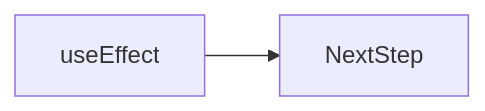
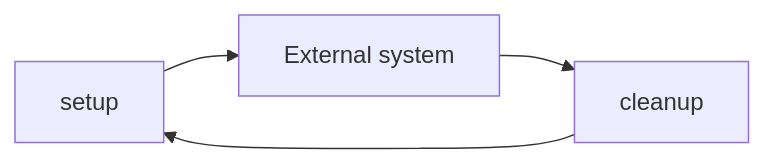
Before and after one commit to OmidJavaherii/Frontend-Engineering-Handbook: the third of 3 diagrams in docs/en/10-react/useeffect/index.md, drawn with Mermaid. The commit also changed other lines of this file and 461 other files, not shown here.

````diff
--- a/docs/en/10-react/useeffect/index.md
+++ b/docs/en/10-react/useeffect/index.md
@@ -97,4 +138,6 @@
 ```mermaid
 flowchart LR
-  concept[useEffect] --> nextStep[NextStep]
+  setup --> external[External system]
+  external --> cleanup
+  cleanup --> setup
 ```
````
